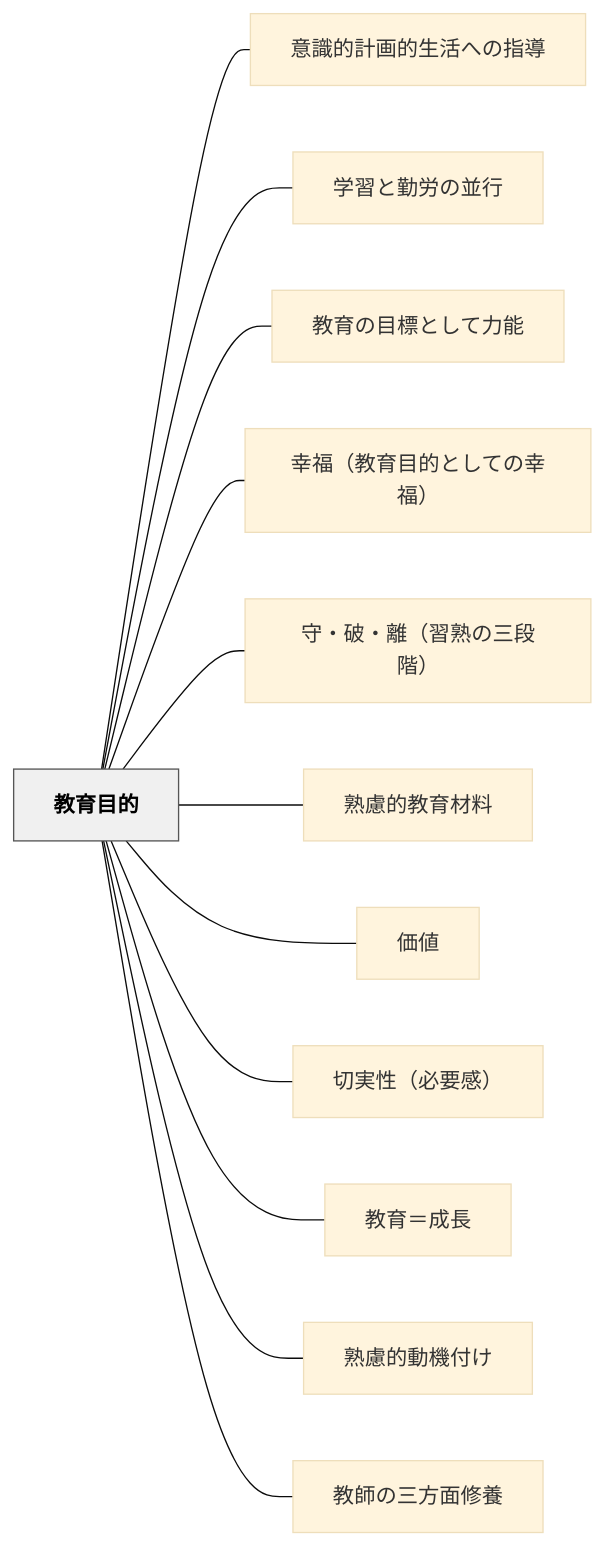
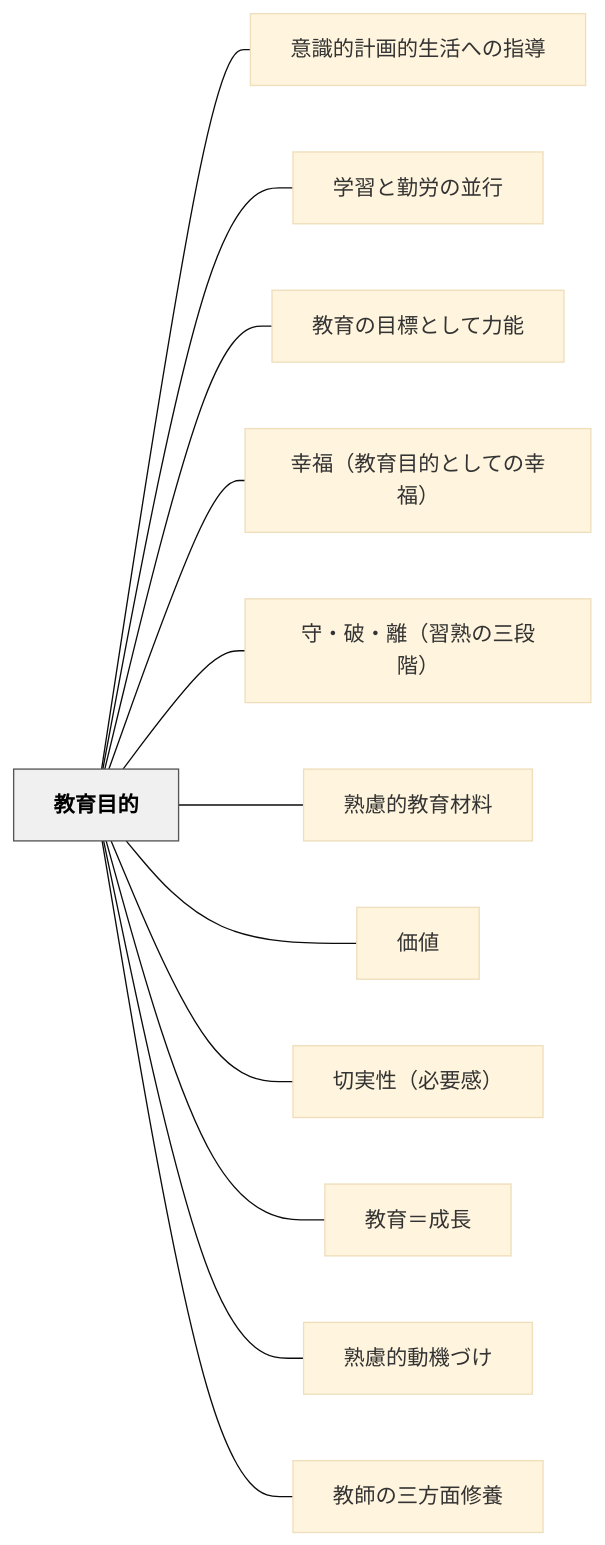
The diagram in content/パタン/教育目的.md (unknownthings-ed-patterns/unknownthings-ed-patterns), drawn with Mermaid (base theme) before and after one commit. The commit also changed other lines of this file and 234 other files, not shown here.

````diff
--- a/content/パタン/教育目的.md
+++ b/content/パタン/教育目的.md
@@ -218,30 +218,30 @@
 ```mermaid
 flowchart LR
     ne69599e882b2e79baee79a84["教育目的"]
     ne6848fe8ad98e79a84e8a888e794bbe79a84e7949fe6b4bbe381b8e381aee68c87e5b08e["意識的計画的生活への指導"]
     ne5ada6e7bf92e381a8e58ba4e58ab4e381aee4b8a6e8a18c["学習と勤労の並行"]
     ne69599e882b2e381aee79baee6a899e381a8e38197e381a6e58a9be883bd["教育の目標として力能"]
     ne5b9b8e7a68fefbc88e69599e882b2e79baee79a84e381a8e38197e381a6e381aee5b9b8e7a68fefbc89["幸福（教育目的としての幸福）"]
     ne5ae88e383bbe7a0b4e383bbe99ba2efbc88e7bf92e7869fe381aee4b889e6aeb5e99a8eefbc89["守・破・離（習熟の三段階）"]
     ne7869fe685aee79a84e69599e882b2e69d90e69699["熟慮的教育材料"]
     ne4bea1e580a4["価値"]
     ne58887e5ae9fe680a7efbc88e5bf85e8a681e6849fefbc89["切実性（必要感）"]
     ne69599e882b2efbc9de68890e995b7["教育＝成長"]
-    ne7869fe685aee79a84e58b95e6a99fe4bb98e38191["熟慮的動機付け"]
+    ne7869fe685aee79a84e58b95e6a99fe381a5e38191["熟慮的動機づけ"]
     ne69599e5b8abe381aee4b889e696b9e99da2e4bfaee9a48a["教師の三方面修養"]
 
     ne69599e882b2e79baee79a84 --- ne6848fe8ad98e79a84e8a888e794bbe79a84e7949fe6b4bbe381b8e381aee68c87e5b08e
     ne69599e882b2e79baee79a84 --- ne5ada6e7bf92e381a8e58ba4e58ab4e381aee4b8a6e8a18c
     ne69599e882b2e79baee79a84 --- ne69599e882b2e381aee79baee6a899e381a8e38197e381a6e58a9be883bd
     ne69599e882b2e79baee79a84 --- ne5b9b8e7a68fefbc88e69599e882b2e79baee79a84e381a8e38197e381a6e381aee5b9b8e7a68fefbc89
     ne69599e882b2e79baee79a84 --- ne5ae88e383bbe7a0b4e383bbe99ba2efbc88e7bf92e7869fe381aee4b889e6aeb5e99a8eefbc89
     ne69599e882b2e79baee79a84 --- ne7869fe685aee79a84e69599e882b2e69d90e69699
     ne69599e882b2e79baee79a84 --- ne4bea1e580a4
     ne69599e882b2e79baee79a84 --- ne58887e5ae9fe680a7efbc88e5bf85e8a681e6849fefbc89
     ne69599e882b2e79baee79a84 --- ne69599e882b2efbc9de68890e995b7
-    ne69599e882b2e79baee79a84 --- ne7869fe685aee79a84e58b95e6a99fe4bb98e38191
+    ne69599e882b2e79baee79a84 --- ne7869fe685aee79a84e58b95e6a99fe381a5e38191
     ne69599e882b2e79baee79a84 --- ne69599e5b8abe381aee4b889e696b9e99da2e4bfaee9a48a
 
     classDef hub fill:#f0f0f0,stroke:#555,color:#000,font-weight:bold
     class ne69599e882b2e79baee79a84 hub
 ```
````
